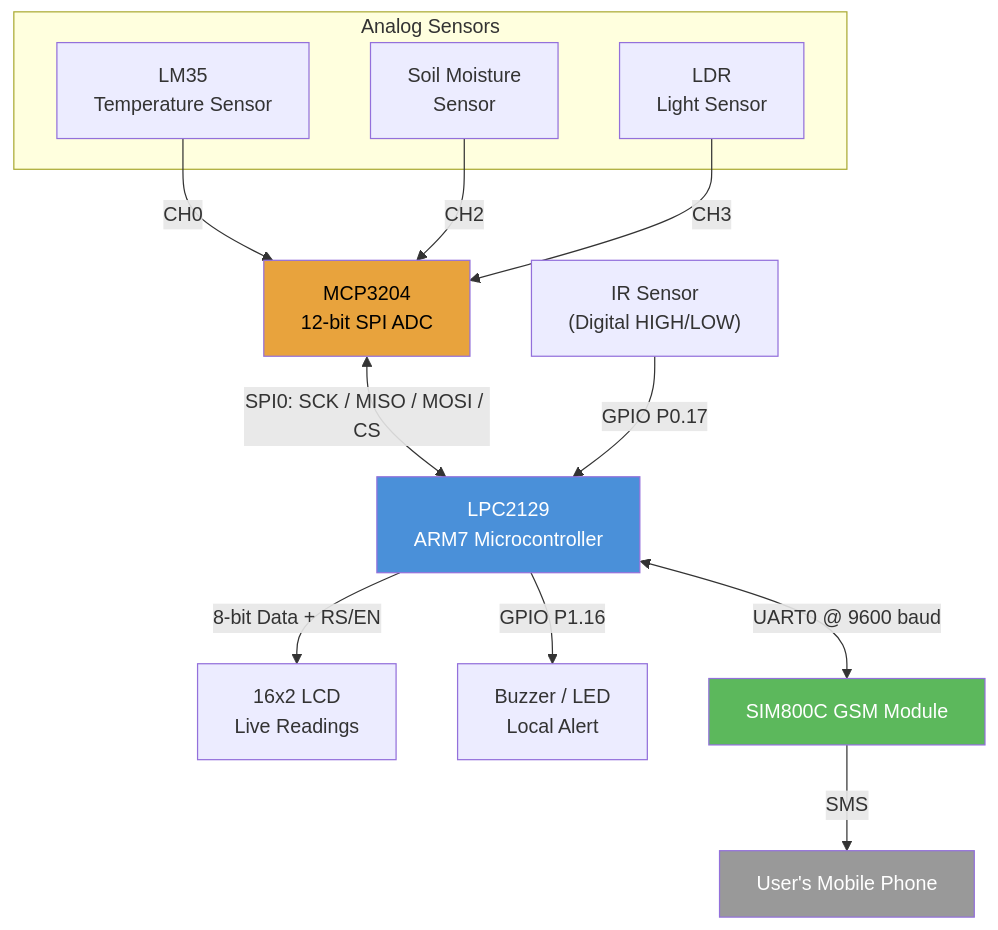
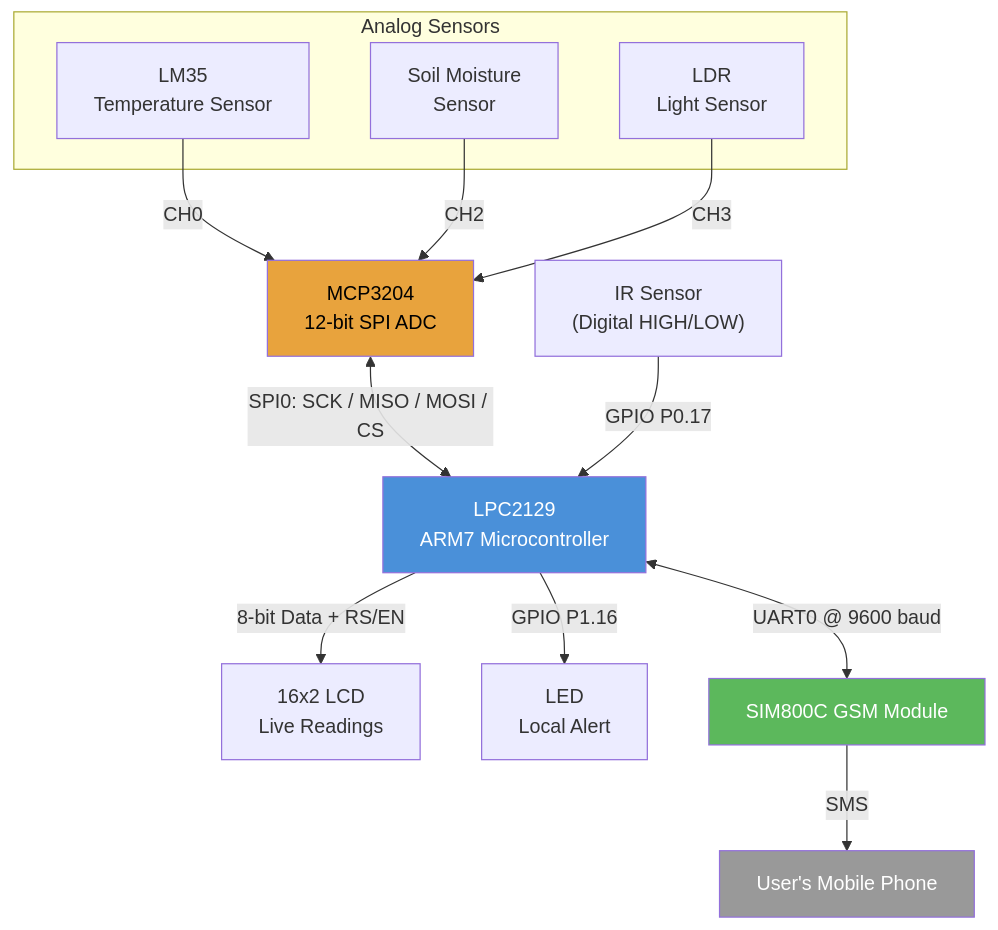
Before and after one commit to va092765/Real_time_weather_monitoring_system_SPI: the diagram in README.md, drawn with Mermaid.

Commit message:
Update alert description in README.md

````diff
--- a/README.md
+++ b/README.md
@@ -7,27 +7,27 @@
 ```mermaid
 flowchart TB
     subgraph Sensors["Analog Sensors"]
         LM35["LM35\nTemperature Sensor"]
         SOIL["Soil Moisture\nSensor"]
         LDR["LDR\nLight Sensor"]
     end
 
     IR["IR Sensor\n(Digital HIGH/LOW)"]
 
     LM35 -->|CH0| ADC["MCP3204\n12-bit SPI ADC"]
     SOIL -->|CH2| ADC
     LDR -->|CH3| ADC
 
     ADC <-->|SPI0: SCK / MISO / MOSI / CS| MCU["LPC2129\nARM7 Microcontroller"]
     IR -->|GPIO P0.17| MCU
 
     MCU -->|8-bit Data + RS/EN| LCD["16x2 LCD\nLive Readings"]
-    MCU -->|GPIO P1.16| ALERT["Buzzer / LED\nLocal Alert"]
+    MCU -->|GPIO P1.16| ALERT["LED\nLocal Alert"]
     MCU <-->|UART0 @ 9600 baud| GSM["SIM800C GSM Module"]
     GSM -->|SMS| PHONE["User's Mobile Phone"]
 
     style MCU fill:#4a90d9,color:#fff
     style ADC fill:#e8a33d,color:#000
     style GSM fill:#5cb85c,color:#fff
     style PHONE fill:#999,color:#fff
 ```
````
